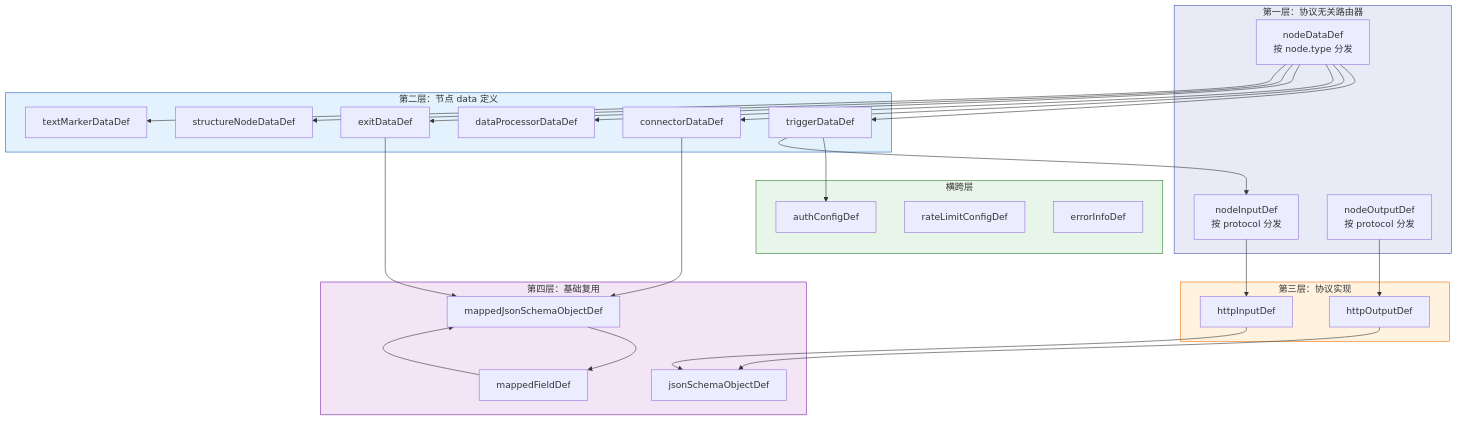
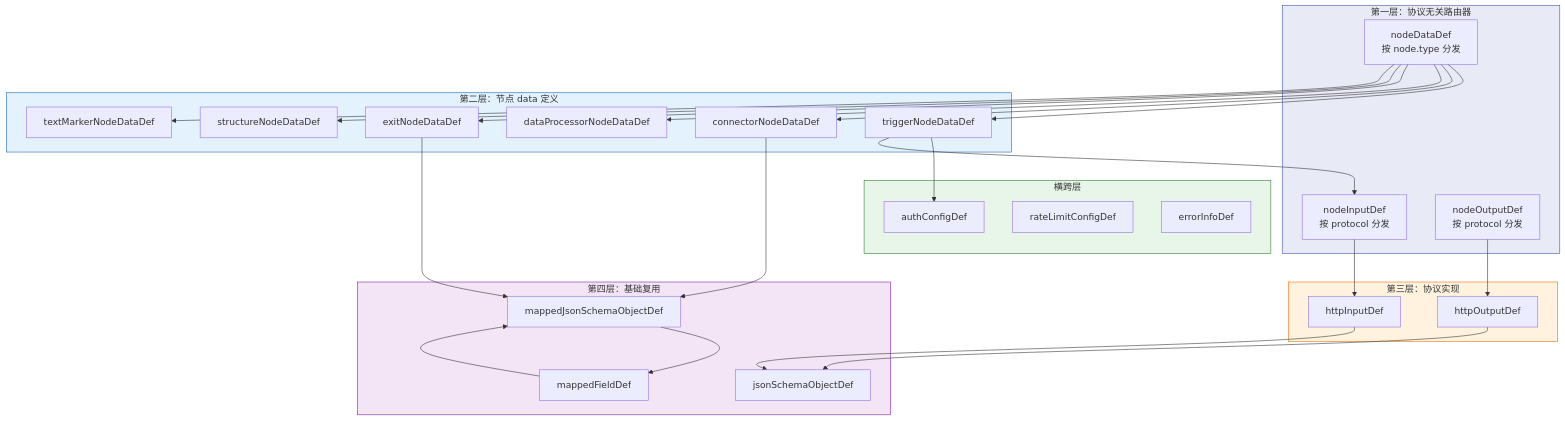
The first of 4 diagrams in .sddu/specs-tree-root/specs-tree-connector-platform-v2/plan-json-schema.md (THZSummer/open-app), drawn with Mermaid before and after one commit. The commit also changed other lines of this file, not shown here.

First line of the commit message:
docs(plan-json-schema): 第二层统一命名为{type}NodeDataDef

````diff
--- a/.sddu/specs-tree-root/specs-tree-connector-platform-v2/plan-json-schema.md
+++ b/.sddu/specs-tree-root/specs-tree-connector-platform-v2/plan-json-schema.md
@@ -413,57 +413,57 @@
 ```mermaid
 graph TB
     subgraph L1["第一层：协议无关路由器"]
         ND["nodeDataDef<br/>按 node.type 分发"]
         NI["nodeInputDef<br/>按 protocol 分发"]
         NO["nodeOutputDef<br/>按 protocol 分发"]
     end
 
     subgraph L2["第二层：节点 data 定义"]
-        TD["triggerDataDef"]
-        CD["connectorDataDef"]
-        DD["dataProcessorDataDef"]
-        ED["exitDataDef"]
+        TD["triggerNodeDataDef"]
+        CD["connectorNodeDataDef"]
+        DD["dataProcessorNodeDataDef"]
+        ED["exitNodeDataDef"]
         SD["structureNodeDataDef"]
-        MD["textMarkerDataDef"]
+        MD["textMarkerNodeDataDef"]
     end
 
     subgraph L3["第三层：协议实现"]
         HI["httpInputDef"]
         HO["httpOutputDef"]
     end
 
     subgraph L4["第四层：基础复用"]
         JS["jsonSchemaObjectDef"]
         MF["mappedFieldDef"]
         MO["mappedJsonSchemaObjectDef"]
     end
 
     subgraph LX["横跨层"]
         AU["authConfigDef"]
         RL["rateLimitConfigDef"]
         ER["errorInfoDef"]
     end
 
     ND --> TD
     ND --> CD
     ND --> DD
     ND --> ED
     ND --> SD
     ND --> MD
     NI --> HI
     NO --> HO
     HI --> JS
     HO --> JS
     CD --> MO
     ED --> MO
     MO --> MF
     MF --> MO
     TD --> AU
     TD --> NI
 
     style L1 fill:#e8eaf6,stroke:#3f51b5
     style L2 fill:#e3f2fd,stroke:#1565c0
     style L3 fill:#fff3e0,stroke:#ef6c00
     style L4 fill:#f3e5f5,stroke:#7b1fa2
     style LX fill:#e8f5e9,stroke:#2e7d32
 ```
````
